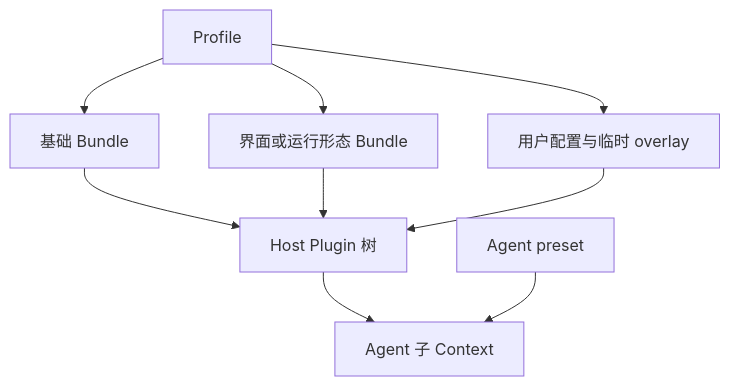
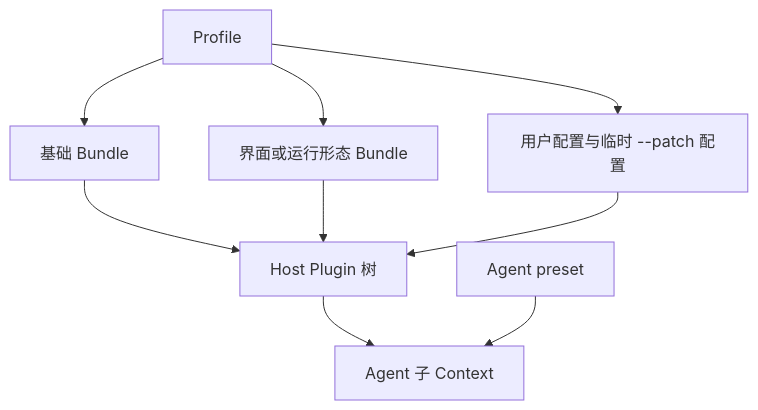
Before and after one commit to TMYTiMidlY/skills: the diagram in skills/.curated/harness/references/dsh.md, drawn with Mermaid. The commit also changed other lines of this file and 2 other files, not shown here.

````diff
--- a/skills/.curated/harness/references/dsh.md
+++ b/skills/.curated/harness/references/dsh.md
@@ -52,11 +52,11 @@
 ```mermaid
 flowchart TD
   P[Profile] --> B1[基础 Bundle]
   P --> B2[界面或运行形态 Bundle]
-  P --> U[用户配置与临时 overlay]
+  P --> U[用户配置与临时 --patch 配置]
   B1 --> H[Host Plugin 树]
   B2 --> H
   U --> H
   H --> A[Agent 子 Context]
   R[Agent preset] --> A
 ```
````
